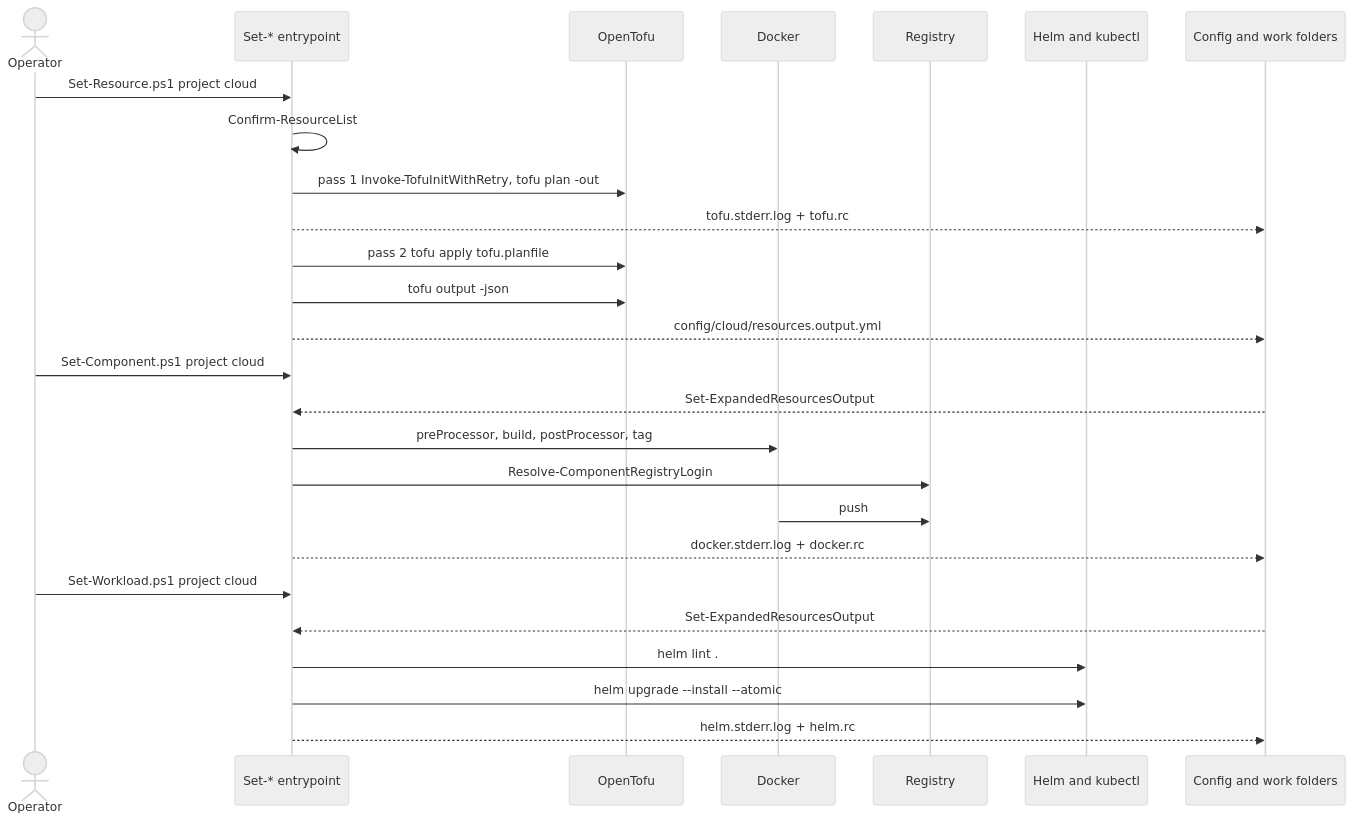
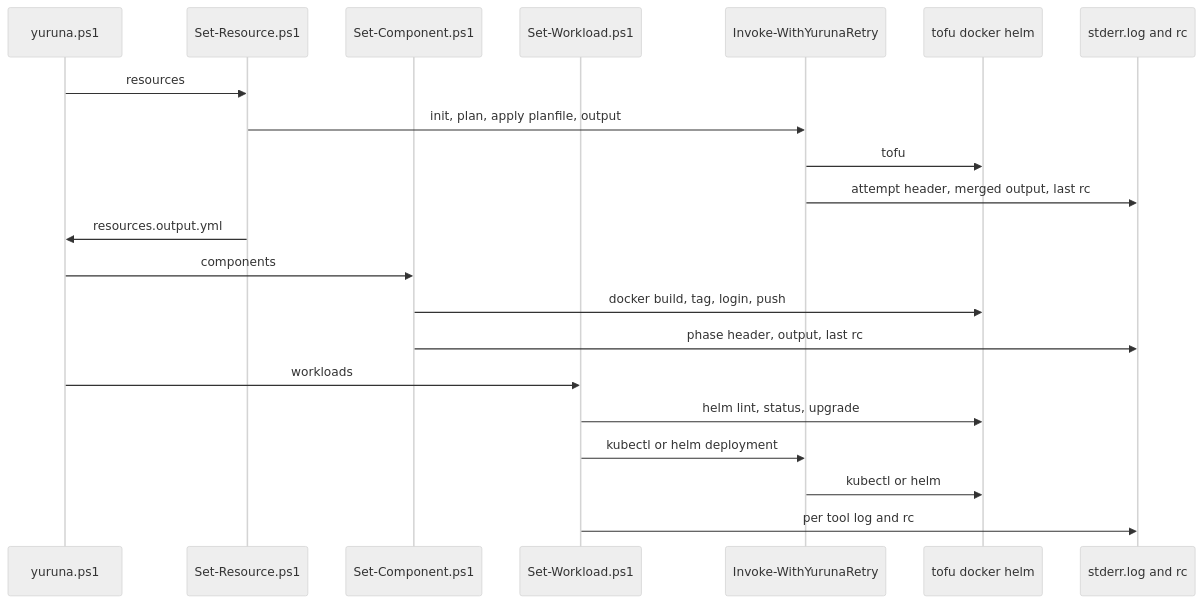
The first of 6 diagrams in docs/design/03-data-flows.md (alissonsol/yuruna), drawn with Mermaid (neutral theme) before and after one commit. The commit also changed other lines of this file and 635 other files, not shown here.

````diff
--- a/docs/design/03-data-flows.md
+++ b/docs/design/03-data-flows.md
@@ -22,31 +26,23 @@
 ```mermaid
 sequenceDiagram
-    actor Operator
-    participant Engine as Set-* entrypoint
-    participant Tofu as OpenTofu
-    participant Docker
-    participant Registry
-    participant Cluster as Helm and kubectl
-    participant Files as Config and work folders
-
-    Operator->>Engine: Set-Resource.ps1 project cloud
-    Engine->>Engine: Confirm-ResourceList
-    Engine->>Tofu: pass 1 Invoke-TofuInitWithRetry, tofu plan -out
-    Engine-->>Files: tofu.stderr.log + tofu.rc
-    Engine->>Tofu: pass 2 tofu apply tofu.planfile
-    Engine->>Tofu: tofu output -json
-    Engine-->>Files: config/cloud/resources.output.yml
-
-    Operator->>Engine: Set-Component.ps1 project cloud
-    Files-->>Engine: Set-ExpandedResourcesOutput
-    Engine->>Docker: preProcessor, build, postProcessor, tag
-    Engine->>Registry: Resolve-ComponentRegistryLogin
-    Docker->>Registry: push
-    Engine-->>Files: docker.stderr.log + docker.rc
-
-    Operator->>Engine: Set-Workload.ps1 project cloud
-    Files-->>Engine: Set-ExpandedResourcesOutput
-    Engine->>Cluster: helm lint .
-    Engine->>Cluster: helm upgrade --install --atomic
-    Engine-->>Files: helm.stderr.log + helm.rc
+    participant cli as yuruna.ps1
+    participant resource as Set-Resource.ps1
+    participant component as Set-Component.ps1
+    participant workload as Set-Workload.ps1
+    participant retry as Invoke-WithYurunaRetry
+    participant tool as tofu docker helm
+    participant sidecar as stderr.log and rc
+    cli->>resource: resources
+    resource->>retry: init, plan, apply planfile, output
+    retry->>tool: tofu
+    retry->>sidecar: attempt header, merged output, last rc
+    resource->>cli: resources.output.yml
+    cli->>component: components
+    component->>tool: docker build, tag, login, push
+    component->>sidecar: phase header, output, last rc
+    cli->>workload: workloads
+    workload->>tool: helm lint, status, upgrade
+    workload->>retry: kubectl or helm deployment
+    retry->>tool: kubectl or helm
+    workload->>sidecar: per tool log and rc
 ```
````
